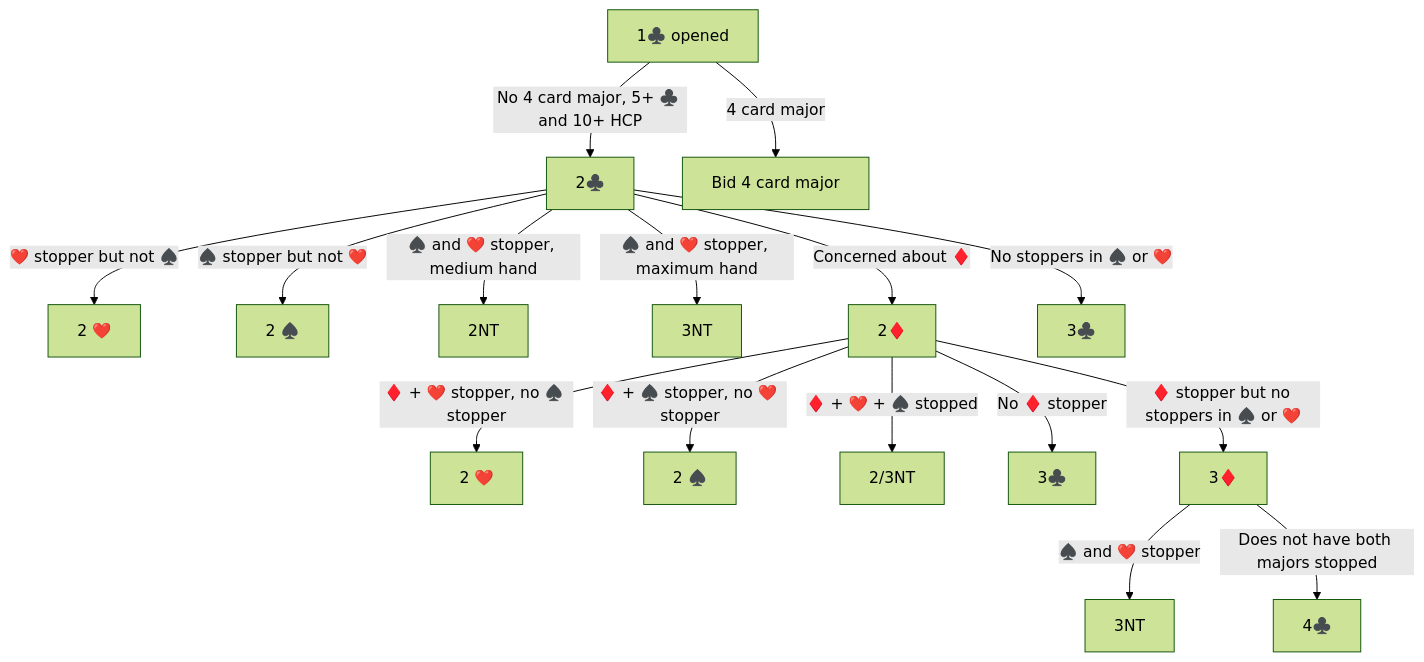
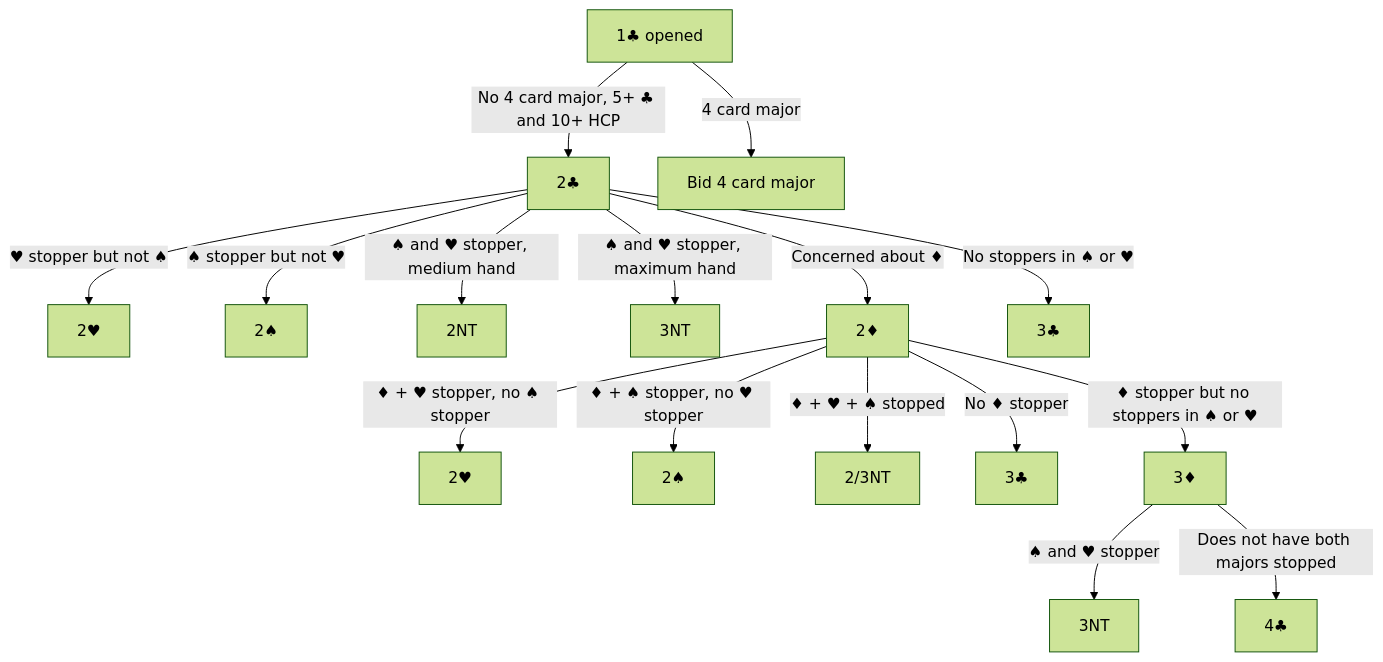
Before and after one commit to stephen-vakil/BridgeConventions: the first of 2 diagrams in InvertedMinors.md, drawn with Mermaid (forest theme). The commit also changed other lines of this file and 11 other files, not shown here.

````diff
--- a/InvertedMinors.md
+++ b/InvertedMinors.md
@@ -9,26 +9,26 @@
 ```mermaid
 graph TD
 
 %% Definitions
-    OpenMinor["1♣️ opened"]
-    InvertedMinor["2♣️"]
+    OpenMinor["1♣ opened"]
+    InvertedMinor["2♣"]
 %% Bidding flow
-    OpenMinor -->|"No 4 card major, 5+ ♣️ and 10+ HCP"| InvertedMinor
+    OpenMinor -->|"No 4 card major, 5+ ♣ and 10+ HCP"| InvertedMinor
     OpenMinor -->|4 card major| Bid4cardMajor[Bid 4 card major]
 
-    InvertedMinor -->|❤️ stopper but not ♠️| Inverted2H[2 ❤️]
-    InvertedMinor -->|♠️ stopper but not ❤️| Inverted2S[2 ♠️]
-    InvertedMinor -->|♠️ and ❤️ stopper, medium hand| Inverted2NT[2NT]
-    InvertedMinor -->|♠️ and ❤️ stopper, maximum hand| Inverted3NT[3NT]
-    InvertedMinor -->|Concerned about <span style="color:red;">♦</span>️| InvertedOtherMinor["2<span style="color:red;">♦</span>️"]
-    InvertedMinor -->|No stoppers in ♠️ or ❤️| InvertedRebid[3♣️]
+    InvertedMinor -->|♥ stopper but not ♠| Inverted2H[2♥]
+    InvertedMinor -->|♠ stopper but not ♥| Inverted2S[2♠]
+    InvertedMinor -->|♠ and ♥ stopper, medium hand| Inverted2NT[2NT]
+    InvertedMinor -->|♠ and ♥ stopper, maximum hand| Inverted3NT[3NT]
+    InvertedMinor -->|Concerned about ♦| InvertedOtherMinor["2♦"]
+    InvertedMinor -->|No stoppers in ♠ or ♥| InvertedRebid[3♣]
 
-    InvertedOtherMinor -->|<span style="color:red;">♦</span>️ + ❤️ stopper, no ♠️ stopper| InvertedOtherMinor2H[2 ❤️]
-    InvertedOtherMinor -->|<span style="color:red;">♦</span>️ + ♠️ stopper, no ❤️ stopper| InvertedOtherMinor2S[2 ♠️]
-    InvertedOtherMinor -->|<span style="color:red;">♦</span>️ + ❤️ + ♠️ stopped| InvertedOtherMinor2N[2/3NT]
-    InvertedOtherMinor -->|No <span style="color:red;">♦</span>️ stopper | InvertedOtherMinorNoOtherMinor[3♣️]
-    InvertedOtherMinor -->|<span style="color:red;">♦</span>️ stopper but no stoppers in ♠️ or ❤️| InvertedOtherMinorYesButNoMajorStopper[3<span style="color:red;">♦</span>️]
+    InvertedOtherMinor -->|♦ + ♥ stopper, no ♠ stopper| InvertedOtherMinor2H[2♥]
+    InvertedOtherMinor -->|♦ + ♠ stopper, no ♥ stopper| InvertedOtherMinor2S[2♠]
+    InvertedOtherMinor -->|♦ + ♥ + ♠ stopped| InvertedOtherMinor2N[2/3NT]
+    InvertedOtherMinor -->|No ♦ stopper| InvertedOtherMinorNoOtherMinor[3♣]
+    InvertedOtherMinor -->|♦ stopper but no stoppers in ♠ or ♥| InvertedOtherMinorYesButNoMajorStopper[3♦]
 
-    InvertedOtherMinorYesButNoMajorStopper -->|♠️ and ❤️ stopper| InvertedOtherMinorYesButNoMajorStopper3NT[3NT]
-    InvertedOtherMinorYesButNoMajorStopper -->|Does not have both majors stopped| InvertedOtherMinorYesButNoMajorStopper4C[4♣️]
+    InvertedOtherMinorYesButNoMajorStopper -->|♠ and ♥ stopper| InvertedOtherMinorYesButNoMajorStopper3NT[3NT]
+    InvertedOtherMinorYesButNoMajorStopper -->|Does not have both majors stopped| InvertedOtherMinorYesButNoMajorStopper4C[4♣]
 ```
````
